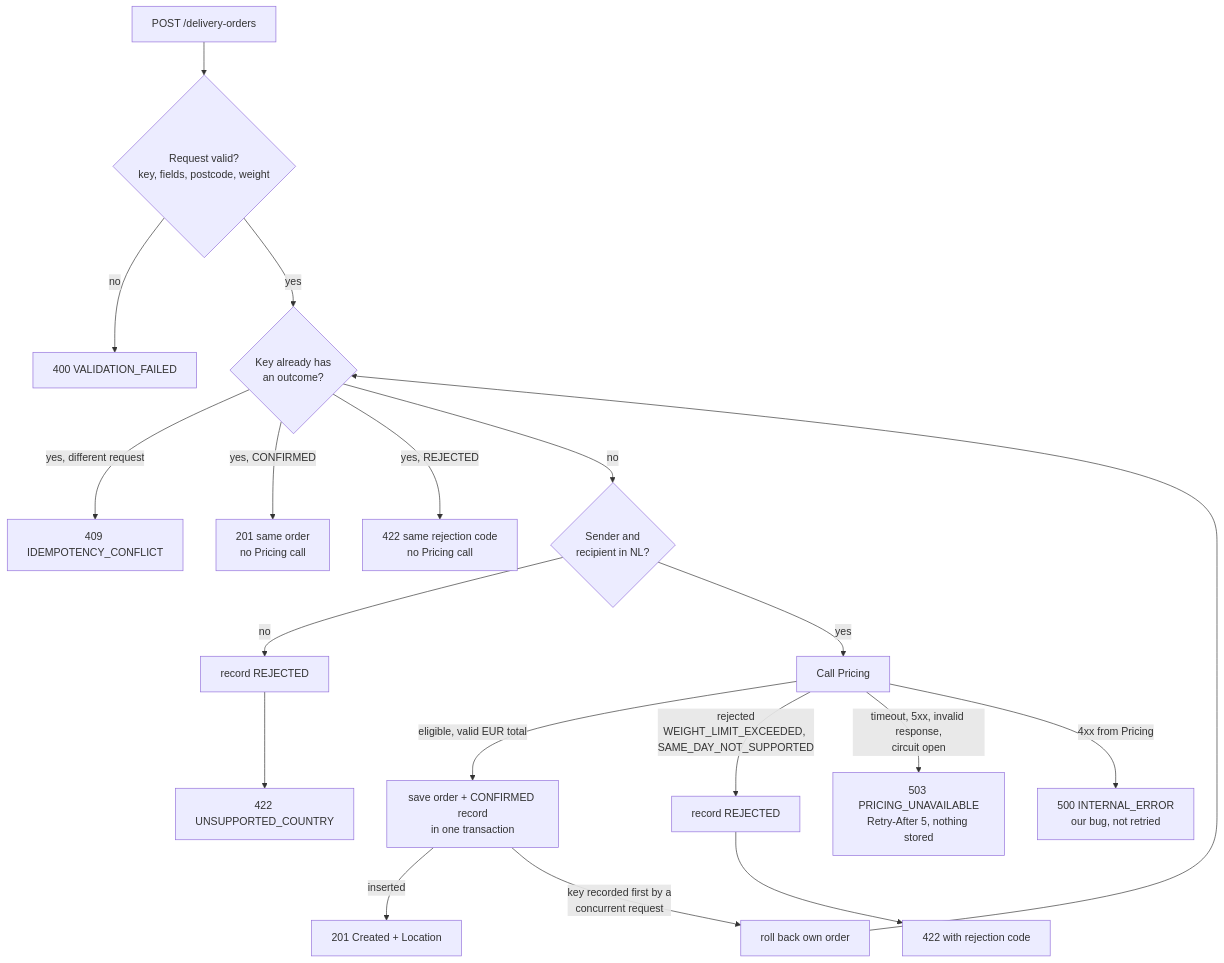
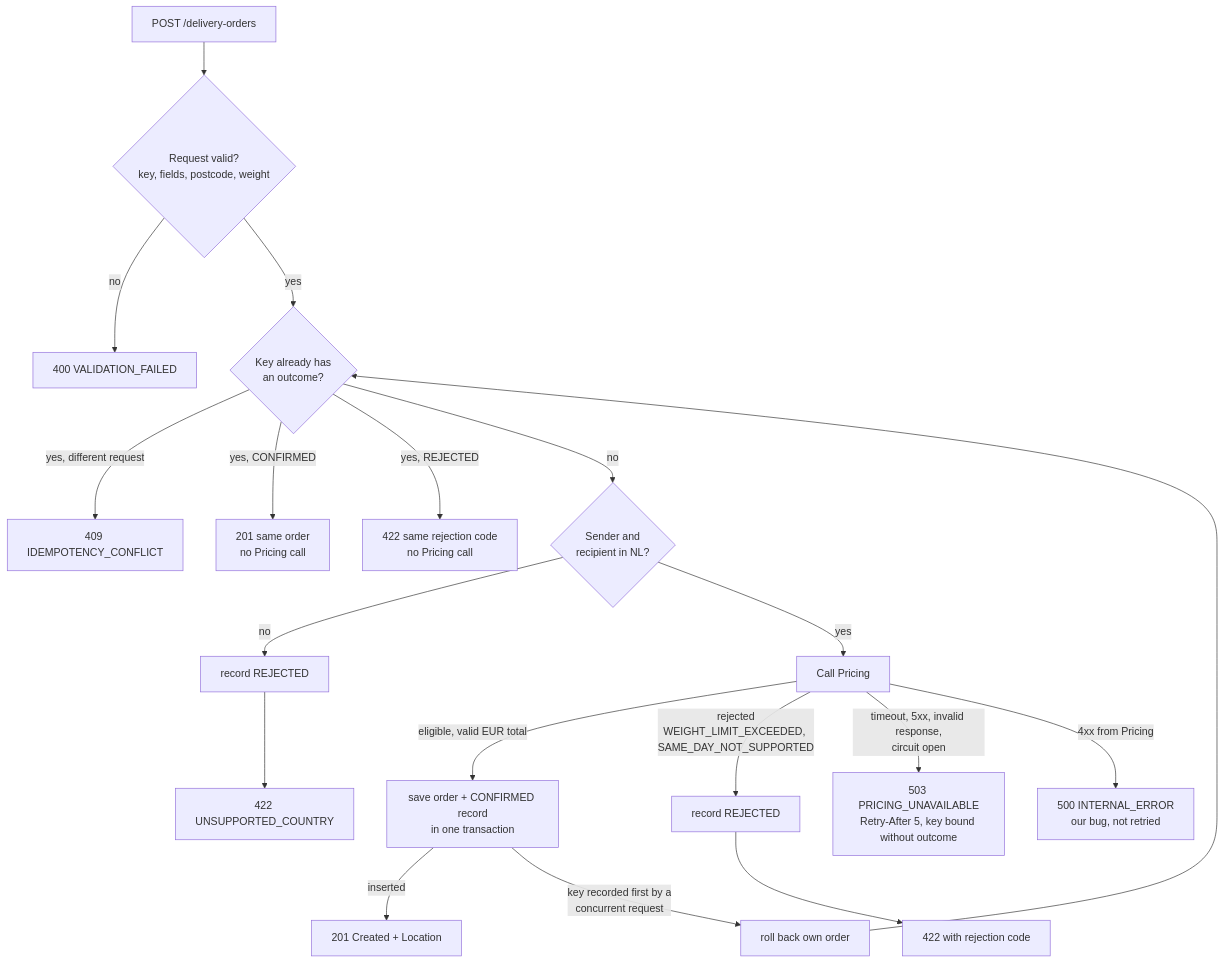
The third of 7 diagrams in docs/architecture.md (alankurian727/java-delivery-assessment), drawn with Mermaid before and after one commit. The commit also changed other lines of this file and 13 other files, not shown here.

````diff
--- a/docs/architecture.md
+++ b/docs/architecture.md
@@ -71,18 +74,18 @@
 ```mermaid
 flowchart TD
     A["POST /delivery-orders"] --> B{"Request valid?<br/>key, fields, postcode, weight"}
     B -- no --> R400["400 VALIDATION_FAILED"]
     B -- yes --> C{"Key already has<br/>an outcome?"}
     C -- "yes, different request" --> R409["409 IDEMPOTENCY_CONFLICT"]
     C -- "yes, CONFIRMED" --> R201a["201 same order<br/>no Pricing call"]
     C -- "yes, REJECTED" --> R422a["422 same rejection code<br/>no Pricing call"]
     C -- no --> D{"Sender and<br/>recipient in NL?"}
     D -- no --> E["record REJECTED"] --> R422b["422 UNSUPPORTED_COUNTRY"]
     D -- yes --> F["Call Pricing"]
     F -- "eligible, valid EUR total" --> G["save order + CONFIRMED record<br/>in one transaction"]
     G -- inserted --> R201b["201 Created + Location"]
     G -- "key recorded first by a<br/>concurrent request" --> H["roll back own order"] --> C
     F -- "rejected<br/>WEIGHT_LIMIT_EXCEEDED, SAME_DAY_NOT_SUPPORTED" --> I["record REJECTED"] --> R422c["422 with rejection code"]
-    F -- "timeout, 5xx, invalid response,<br/>circuit open" --> R503["503 PRICING_UNAVAILABLE<br/>Retry-After 5, nothing stored"]
+    F -- "timeout, 5xx, invalid response,<br/>circuit open" --> R503["503 PRICING_UNAVAILABLE<br/>Retry-After 5, key bound without outcome"]
     F -- "4xx from Pricing" --> R500["500 INTERNAL_ERROR<br/>our bug, not retried"]
 ```
````
